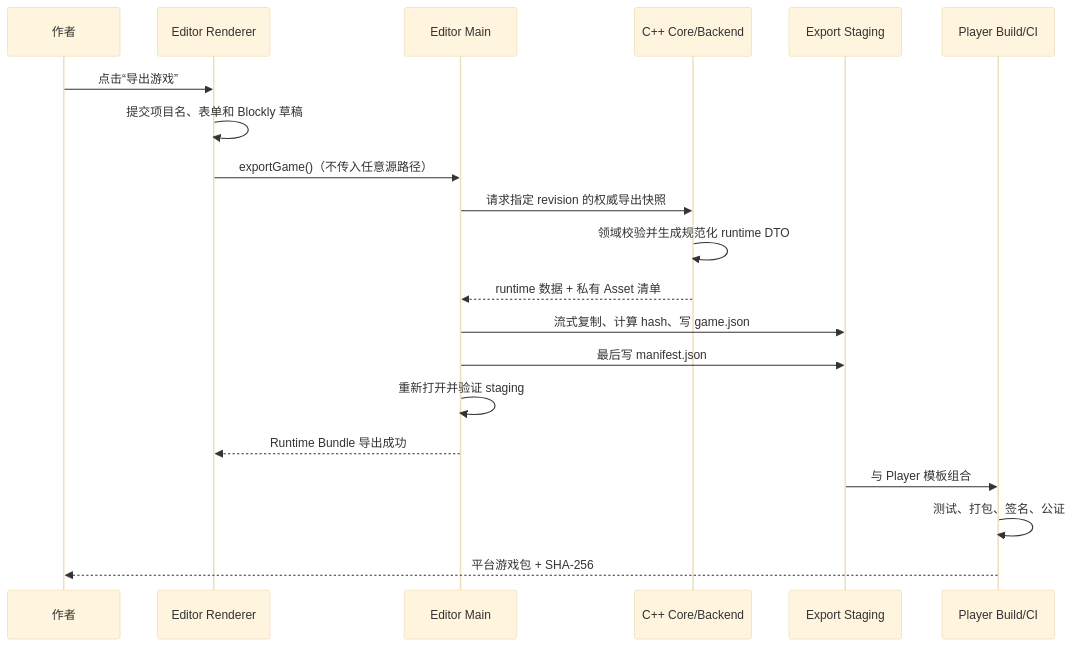
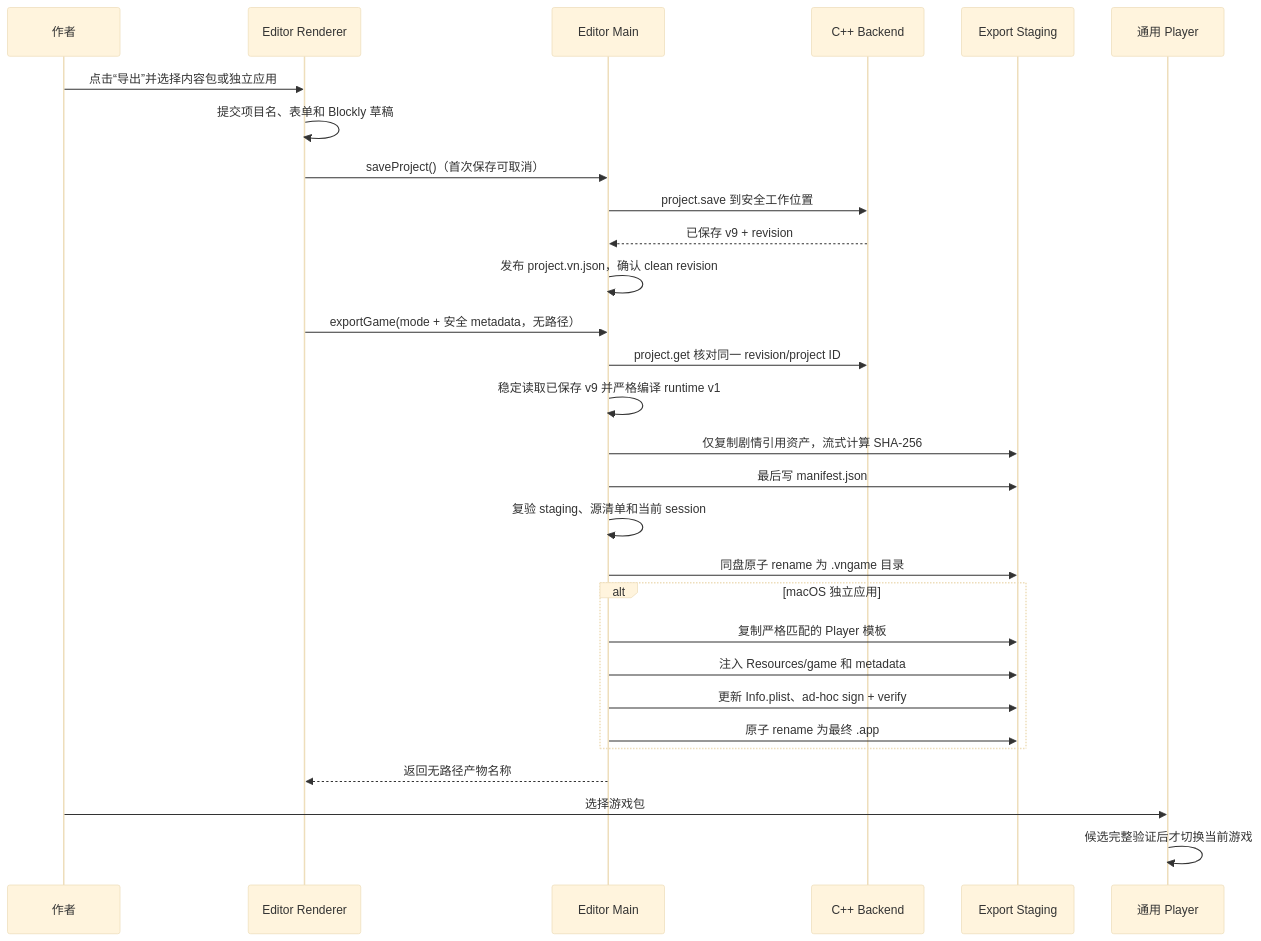
The second of 3 diagrams in docs/game-export-player.md (DarkboyRyan/Scratch-Novel-Engine), drawn with Mermaid (base theme) before and after one commit. The commit also changed other lines of this file and 118 other files, not shown here.

Commit message:
now support export game into independent app and vngame package, but still some bugs to fix

````diff
--- a/docs/game-export-player.md
+++ b/docs/game-export-player.md
@@ -204,23 +234,32 @@
 ```mermaid
 sequenceDiagram
   participant User as 作者
   participant UI as Editor Renderer
   participant Main as Editor Main
-  participant CPP as C++ Core/Backend
+  participant CPP as C++ Backend
   participant Stage as Export Staging
-  participant Build as Player Build/CI
+  participant Player as 通用 Player
 
-  User->>UI: 点击“导出游戏”
+  User->>UI: 点击“导出”并选择内容包或独立应用
   UI->>UI: 提交项目名、表单和 Blockly 草稿
-  UI->>Main: exportGame()（不传入任意源路径）
-  Main->>CPP: 请求指定 revision 的权威导出快照
-  CPP->>CPP: 领域校验并生成规范化 runtime DTO
-  CPP-->>Main: runtime 数据 + 私有 Asset 清单
-  Main->>Stage: 流式复制、计算 hash、写 game.json
+  UI->>Main: saveProject()（首次保存可取消）
+  Main->>CPP: project.save 到安全工作位置
+  CPP-->>Main: 已保存 v9 + revision
+  Main->>Main: 发布 project.vn.json，确认 clean revision
+  UI->>Main: exportGame(mode + 安全 metadata，无路径）
+  Main->>CPP: project.get 核对同一 revision/project ID
+  Main->>Main: 稳定读取已保存 v9 并严格编译 runtime v1
+  Main->>Stage: 仅复制剧情引用资产，流式计算 SHA-256
   Main->>Stage: 最后写 manifest.json
-  Main->>Main: 重新打开并验证 staging
-  Main-->>UI: Runtime Bundle 导出成功
-  Stage->>Build: 与 Player 模板组合
-  Build->>Build: 测试、打包、签名、公证
-  Build-->>User: 平台游戏包 + SHA-256
+  Main->>Main: 复验 staging、源清单和当前 session
+  Main->>Stage: 同盘原子 rename 为 .vngame 目录
+  alt macOS 独立应用
+    Main->>Stage: 复制严格匹配的 Player 模板
+    Main->>Stage: 注入 Resources/game 和 metadata
+    Main->>Stage: 更新 Info.plist、ad-hoc sign + verify
+    Main->>Stage: 原子 rename 为最终 .app
+  end
+  Main-->>UI: 返回无路径产物名称
+  User->>Player: 选择游戏包
+  Player->>Player: 候选完整验证后才切换当前游戏
 ```
````
